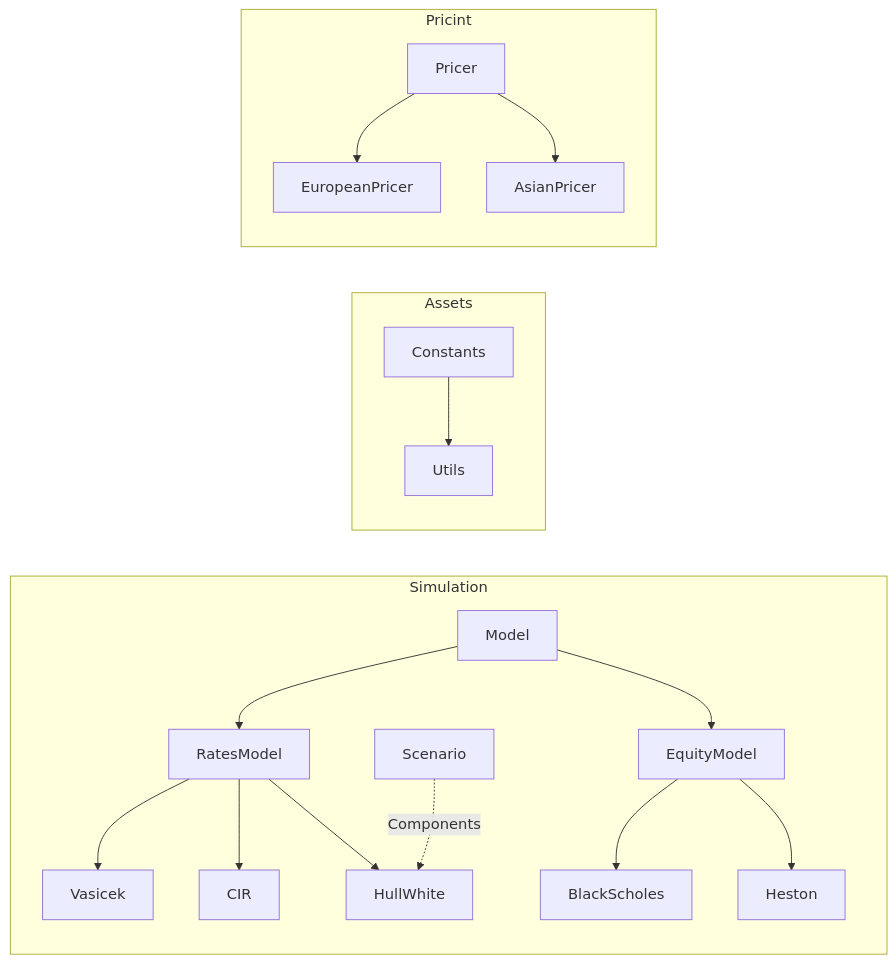
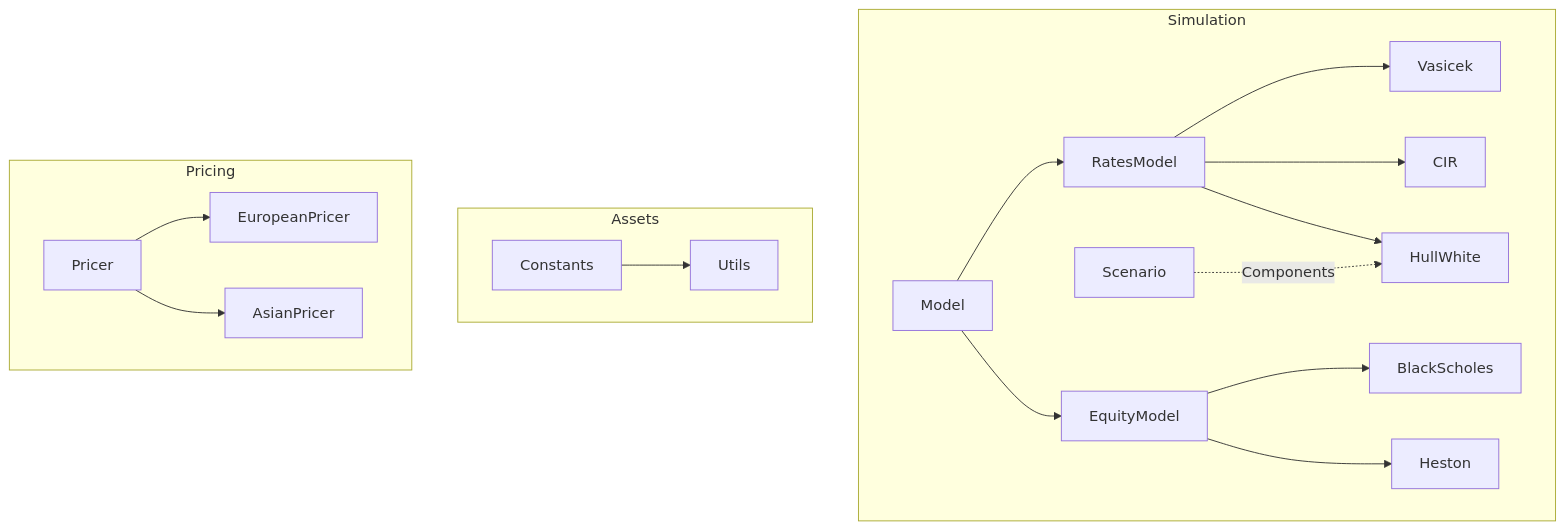
The diagram in README.md (lcsrodriguez/CuttingEdge-Milliman), drawn with Mermaid before and after one commit.

Commit message:
Update of class tree 2

````diff
--- a/README.md
+++ b/README.md
@@ -23,20 +23,22 @@
 ```mermaid
-  graph LR;
+  graph TD;
       subgraph Simulation
       Model --> RatesModel
       Model --> EquityModel
       RatesModel --> Vasicek
       RatesModel --> CIR
       RatesModel --> HullWhite
       Scenario -. Components .-> HullWhite
       EquityModel --> BlackScholes
       EquityModel --> Heston
       end
+
       subgraph Assets
       Constants --> Utils
       end
-      subgraph Pricint
+
+      subgraph Pricing
       Pricer --> EuropeanPricer
       Pricer --> AsianPricer
       end
 ```
````
